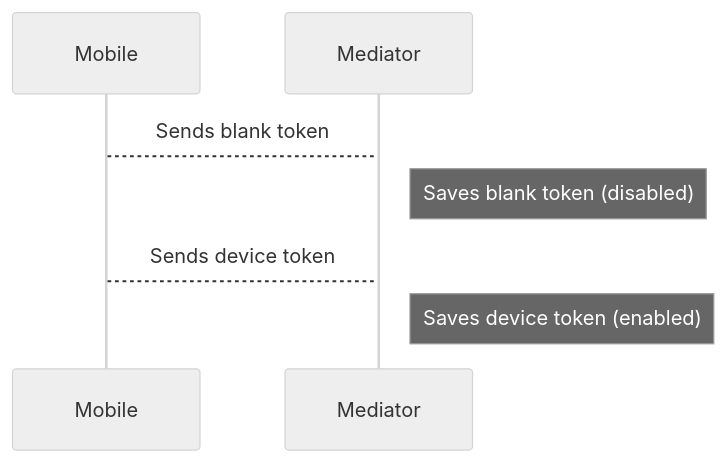
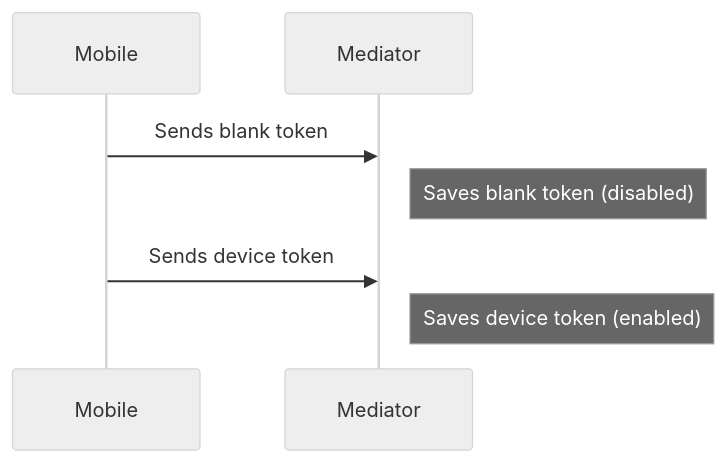
One commit to openwallet-foundation/acapy-plugins changed the third of 3 diagrams in firebase_push_notifications/README.md. Above: the diagram before and after it, drawn with Mermaid (neutral theme). The commit also changed other lines of this file and 1 other file, not shown here.

````diff
--- a/firebase_push_notifications/README.md
+++ b/firebase_push_notifications/README.md
@@ -50,9 +50,9 @@
 ``` mermaid
 sequenceDiagram
 participant Mobile
 participant Mediator
-Mobile-->Mediator: Sends blank token
+Mobile->>Mediator: Sends blank token
 Note right of Mediator: Saves blank token (disabled)
-Mobile-->Mediator: Sends device token
+Mobile->>Mediator: Sends device token
 Note right of Mediator: Saves device token (enabled)
 ```
````
